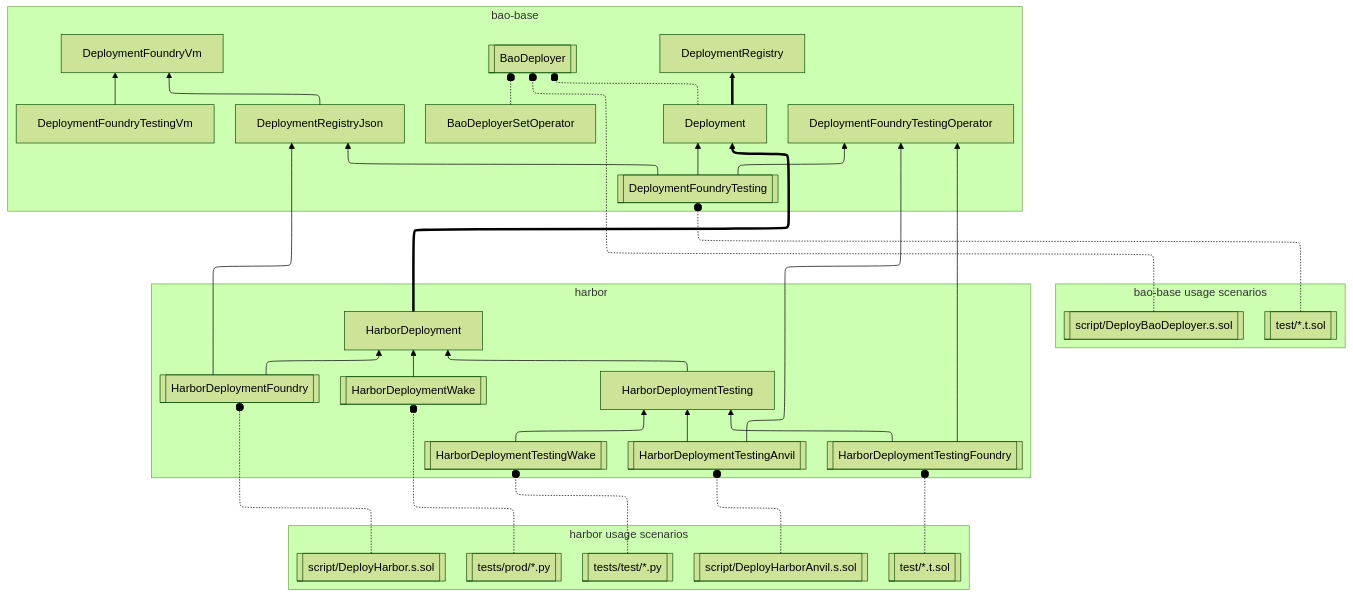
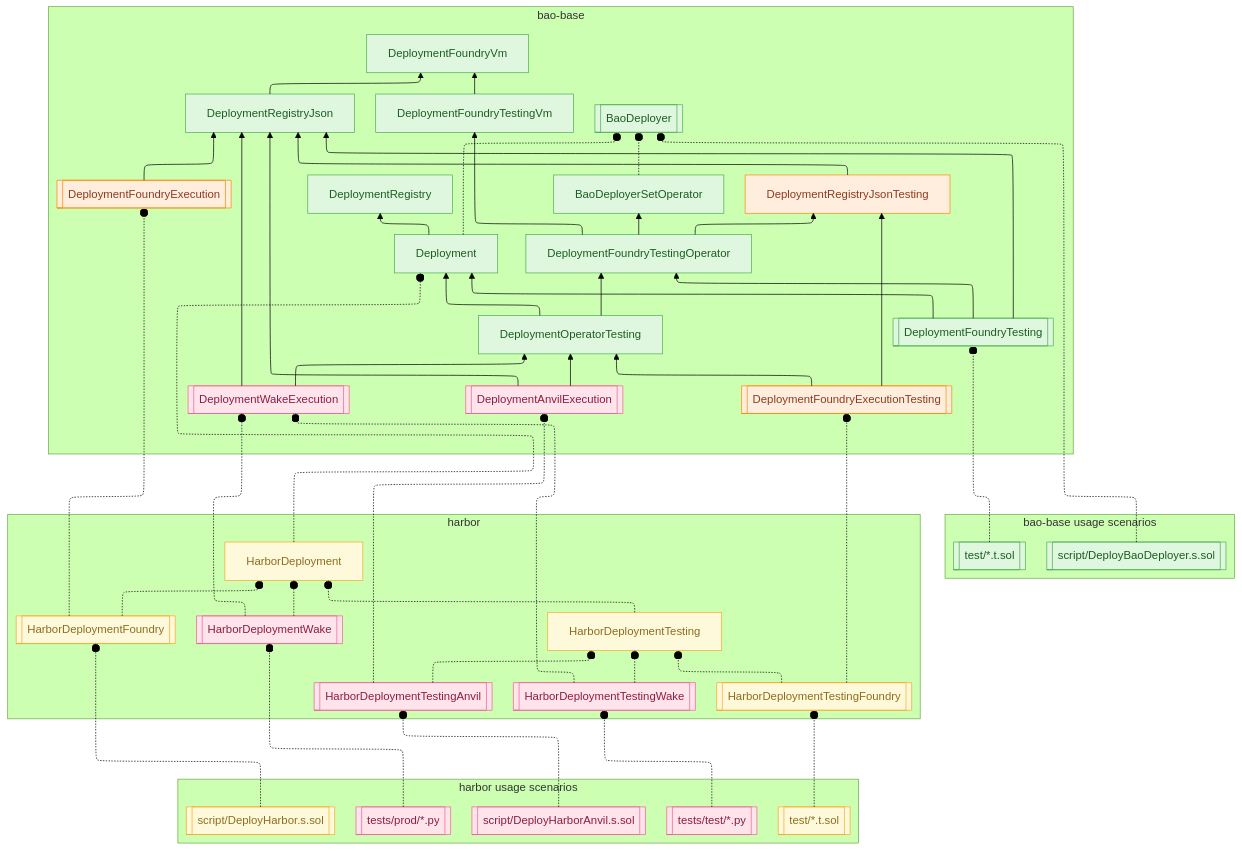
One commit to baofinance/harbor changed the diagram in doc/target-architecture.mmd. Above: the diagram before and after it, drawn with Mermaid (forest theme). The commit also changed 2 other files, not shown here.

Commit message:
new composition approach

```diff
--- a/doc/target-architecture.mmd
+++ b/doc/target-architecture.mmd
@@ -1,86 +1,132 @@
 ---
 config:
   layout: elk
 ---
 flowchart BT
+    classDef existsComplete fill:#e0f7df,stroke:#4caf50,color:#1b5e20,stroke-width:1px;
+    classDef existsChanging fill:#fff9db,stroke:#f9a825,color:#8c6d1f,stroke-width:1px;
+    classDef targetPhase fill:#ffeede,stroke:#fb8c00,color:#8c3b20,stroke-width:1px;
+    classDef future fill:#ffe4ec,stroke:#f06292,color:#8c1d40,stroke-width:1px;
     %% bao-base abstract mixins
     subgraph base["bao-base"]
         BaoDeployer[["BaoDeployer"]]
         DeploymentRegistry["DeploymentRegistry"]
         DeploymentFoundryVm["DeploymentFoundryVm"]
         DeploymentRegistryJson["DeploymentRegistryJson"]
+          DeploymentRegistryJsonTesting["DeploymentRegistryJsonTesting"]
         Deployment["Deployment"]
-    DeploymentFoundryTestingVm["DeploymentFoundryTestingVm"]
+        DeploymentFoundryTestingVm["DeploymentFoundryTestingVm"]
     BaoDeployerSetOperator["BaoDeployerSetOperator"]
-    DeploymentFoundryTestingOperator["DeploymentFoundryTestingOperator"]
+        DeploymentFoundryTestingOperator["DeploymentFoundryTestingOperator"]
+
+        %% Deployment + operator composition entry point
+    DeploymentOperatorTesting["DeploymentOperatorTesting"]
+
     DeploymentFoundryTesting[["DeploymentFoundryTesting"]]
+
+        %% Environment-specific deployment conduits (composition targets)
+        DeploymentFoundryExecution[["DeploymentFoundryExecution"]]
+        DeploymentFoundryExecutionTesting[["DeploymentFoundryExecutionTesting"]]
+        DeploymentAnvilExecution[["DeploymentAnvilExecution"]]
+        DeploymentWakeExecution[["DeploymentWakeExecution"]]
     end
 
     subgraph base-usage["bao-base usage scenarios"]
         DeployerScript[["script/DeployBaoDeployer.s.sol"]]
         FoundryCoreSuite[["test/*.t.sol"]]
     end
 
     %% harbor mixins and concretes
     subgraph harbor["harbor"]
         HarborDeployment["HarborDeployment"]
         HarborDeploymentTesting["HarborDeploymentTesting"]
 
         %% concretes - production (no mocks, explicit config)
         HarborDeploymentFoundry[["HarborDeploymentFoundry"]]
         HarborDeploymentWake[["HarborDeploymentWake"]]
 
         %% concretes - testing (mocks + auto-deploy)
         HarborDeploymentTestingFoundry[["HarborDeploymentTestingFoundry"]]
         HarborDeploymentTestingAnvil[["HarborDeploymentTestingAnvil"]]
         HarborDeploymentTestingWake[["HarborDeploymentTestingWake"]]
     end
 
     %% usage scenarios
     subgraph harbor-usage["harbor usage scenarios"]
         ProdScript[["script/DeployHarbor.s.sol"]]
         AnvilScript[["script/DeployHarborAnvil.s.sol"]]
         FoundrySuite[["test/*.t.sol"]]
         WakeProdSuite[["tests/prod/*.py"]]
         WakeTestSuite[["tests/test/*.py"]]
     end
 
+    class BaoDeployer,DeploymentRegistry,DeploymentFoundryVm,DeploymentRegistryJson,Deployment,DeploymentFoundryTestingVm,BaoDeployerSetOperator,DeploymentFoundryTestingOperator,DeploymentOperatorTesting,DeploymentFoundryTesting,DeployerScript,FoundryCoreSuite existsComplete
+
+    class HarborDeployment,HarborDeploymentTesting,HarborDeploymentFoundry,HarborDeploymentTestingFoundry,ProdScript,FoundrySuite existsChanging
+
+    class DeploymentFoundryExecution,DeploymentFoundryExecutionTesting,DeploymentRegistryJsonTesting targetPhase
+
+    class DeploymentAnvilExecution,DeploymentWakeExecution,HarborDeploymentWake,HarborDeploymentTestingAnvil,HarborDeploymentTestingWake,AnvilScript,WakeProdSuite,WakeTestSuite future
+
     %% mixin wiring in bao-base
     DeploymentRegistryJson --> DeploymentFoundryVm
     DeploymentFoundryTestingVm --> DeploymentFoundryVm
-    Deployment ==> DeploymentRegistry
+
+    Deployment --> DeploymentRegistry
     Deployment -.-o BaoDeployer
     BaoDeployerSetOperator -.-o BaoDeployer
     DeployerScript -.-o BaoDeployer
+
 
     %% bao-base concrete assembly
     DeploymentFoundryTesting --> Deployment
     DeploymentFoundryTesting --> DeploymentRegistryJson
     DeploymentFoundryTesting --> DeploymentFoundryTestingOperator
 
-    %% harbor mixins extending bao-base
-    HarborDeployment ==> Deployment
-    HarborDeploymentTesting --> HarborDeployment
 
-    %% harbor concrete assembly - production (no mocks, explicit config)
-    HarborDeploymentFoundry --> HarborDeployment
-    HarborDeploymentFoundry --> DeploymentRegistryJson
+    %% bao-base composition chains
+    DeploymentOperatorTesting --> Deployment
+    DeploymentOperatorTesting --> DeploymentFoundryTestingOperator
 
-    HarborDeploymentWake --> HarborDeployment
+    DeploymentFoundryTestingOperator --> DeploymentRegistryJsonTesting
+    DeploymentFoundryTestingOperator --> DeploymentFoundryTestingVm
+    DeploymentFoundryTestingOperator --> BaoDeployerSetOperator
 
-    %% harbor concrete assembly - testing (with mocks + auto-deploy)
-    HarborDeploymentTestingFoundry --> HarborDeploymentTesting
-    HarborDeploymentTestingFoundry --> DeploymentFoundryTestingOperator
+    DeploymentFoundryExecution --> DeploymentRegistryJson
+    DeploymentRegistryJsonTesting --> DeploymentRegistryJson
 
-    HarborDeploymentTestingAnvil --> HarborDeploymentTesting
-    HarborDeploymentTestingAnvil --> DeploymentFoundryTestingOperator
+    DeploymentFoundryExecutionTesting --> DeploymentOperatorTesting
+    DeploymentFoundryExecutionTesting --> DeploymentRegistryJsonTesting
 
-    HarborDeploymentTestingWake --> HarborDeploymentTesting
+    DeploymentAnvilExecution --> DeploymentOperatorTesting
+    DeploymentAnvilExecution --> DeploymentRegistryJson
+
+    DeploymentWakeExecution --> DeploymentOperatorTesting
+    DeploymentWakeExecution --> DeploymentRegistryJson
+
+    %% harbor layers compose bao-base execution contracts
+    HarborDeployment -.-o Deployment
+    HarborDeploymentTesting -.-o HarborDeployment
+
+    HarborDeploymentFoundry -.-o DeploymentFoundryExecution
+    HarborDeploymentFoundry -.-o HarborDeployment
+
+    HarborDeploymentWake -.-o DeploymentWakeExecution
+    HarborDeploymentWake -.-o HarborDeployment
+
+    HarborDeploymentTestingFoundry -.-o DeploymentFoundryExecutionTesting
+    HarborDeploymentTestingFoundry -.-o HarborDeploymentTesting
+
+    HarborDeploymentTestingAnvil -.-o DeploymentAnvilExecution
+    HarborDeploymentTestingAnvil -.-o HarborDeploymentTesting
+
+    HarborDeploymentTestingWake -.-o DeploymentWakeExecution
+    HarborDeploymentTestingWake -.-o HarborDeploymentTesting
 
     %% usage hooks
     FoundryCoreSuite -.-o DeploymentFoundryTesting
     ProdScript -.-o HarborDeploymentFoundry
     AnvilScript -.-o HarborDeploymentTestingAnvil
     FoundrySuite -.-o HarborDeploymentTestingFoundry
     WakeProdSuite -.-o HarborDeploymentWake
     WakeTestSuite -.-o HarborDeploymentTestingWake
```
